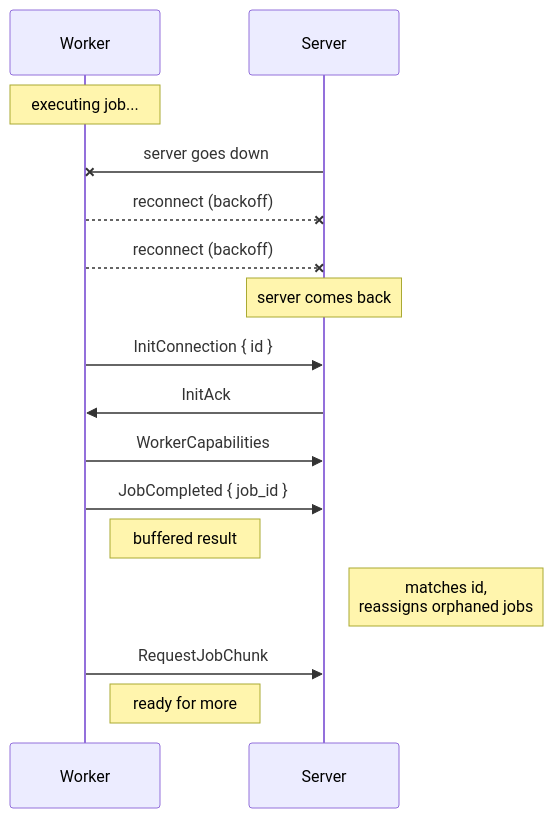
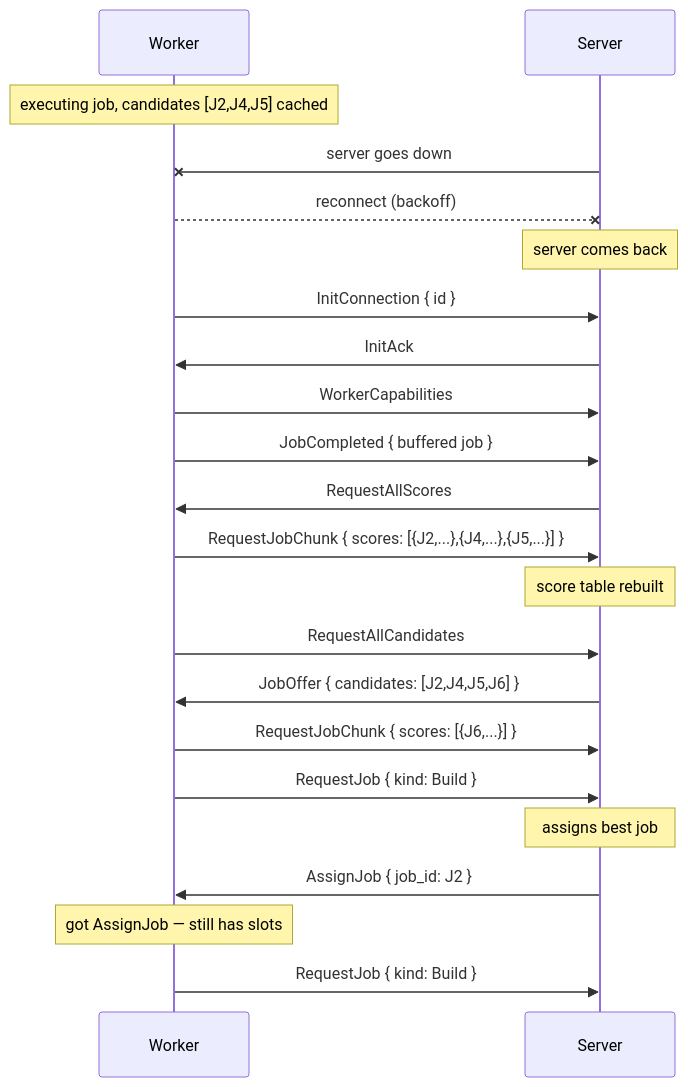
Diagram 23 of 24 in docs/src/development/proto.md (wavelens/gradient), drawn with Mermaid before and after one commit. The commit also changed other lines of this file and 4 other files, not shown here.

Commit message:
docs: add RequestJob

````diff
--- a/docs/src/development/proto.md
+++ b/docs/src/development/proto.md
@@ -1112,19 +1185,25 @@
 ```mermaid
 sequenceDiagram
     participant W as Worker
     participant S as Server
 
-    Note over W: executing job...
+    Note over W: executing job, candidates [J2,J4,J5] cached
     S-xW: server goes down
-    W--xS: reconnect (backoff)
     W--xS: reconnect (backoff)
     Note over S: server comes back
     W->>S: InitConnection { id }
     S->>W: InitAck
     W->>S: WorkerCapabilities
-    W->>S: JobCompleted { job_id }
-    Note right of W: buffered result
-    Note right of S: matches id,<br/>reassigns orphaned jobs
-    W->>S: RequestJobChunk
-    Note right of W: ready for more
+    W->>S: JobCompleted { buffered job }
+    S->>W: RequestAllScores
+    W->>S: RequestJobChunk { scores: [{J2,...},{J4,...},{J5,...}] }
+    Note over S: score table rebuilt
+    W->>S: RequestAllCandidates
+    S->>W: JobOffer { candidates: [J2,J4,J5,J6] }
+    W->>S: RequestJobChunk { scores: [{J6,...}] }
+    W->>S: RequestJob { kind: Build }
+    Note over S: assigns best job
+    S->>W: AssignJob { job_id: J2 }
+    Note over W: got AssignJob — still has slots
+    W->>S: RequestJob { kind: Build }
 ```
````
